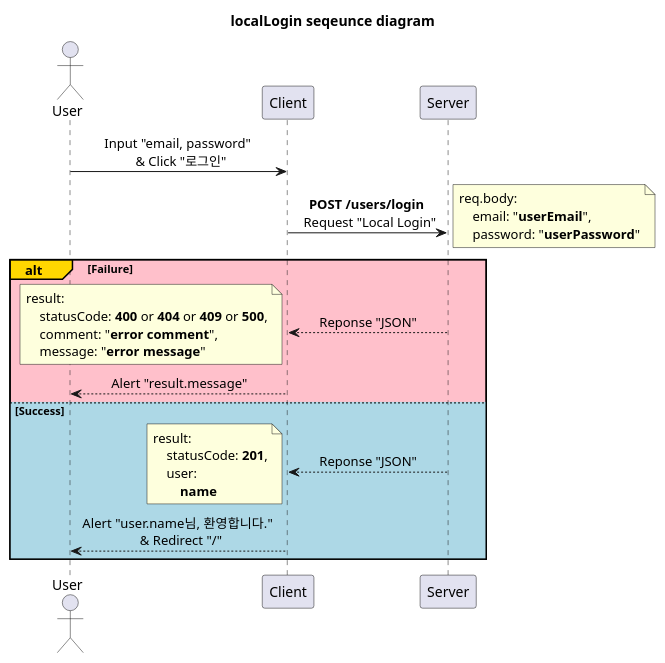
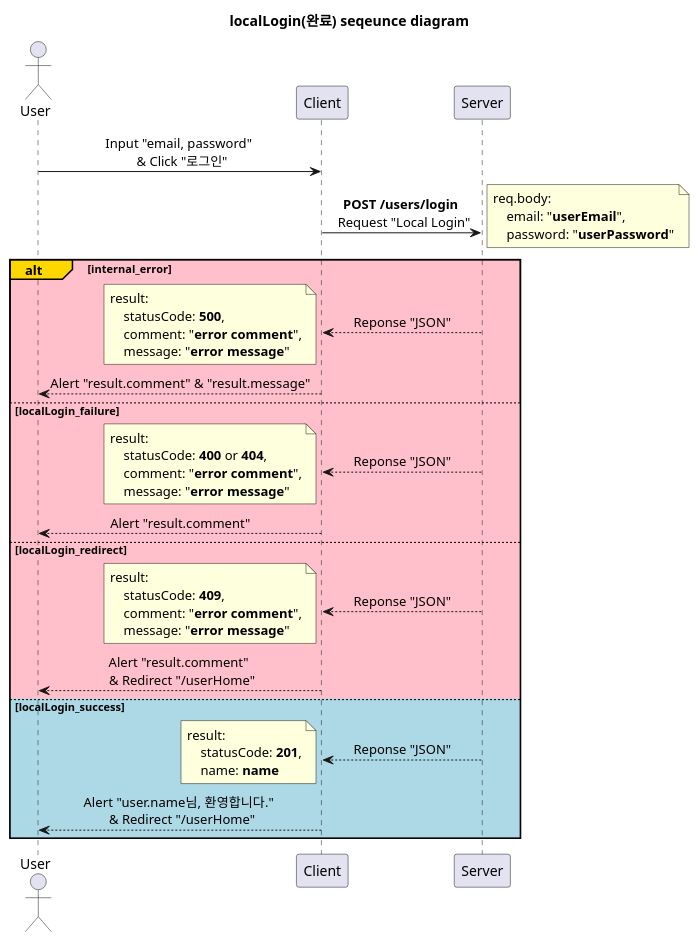
Before and after one commit to devSeungBin/SSCS: the diagram in diagram/login_page/localLogin.puml, drawn with PlantUML. The commit also changed 12 other files, not shown here.

```diff
--- a/diagram/login_page/localLogin.puml
+++ b/diagram/login_page/localLogin.puml
@@ -1,43 +1,62 @@
-@startuml localLogin
+@startuml localLogin(완료)
 'http://localhost:3000/login
 
-title localLogin seqeunce diagram
+title localLogin(완료) seqeunce diagram
 
 skinparam SequenceMessageAlignment center
 
 participant Server order 30
 participant Client order 20
 actor User order 10
 
 User -> Client: Input "email, password" \n & Click "로그인"
 
 Client -> Server: **POST /users/login** \n Request "Local Login"
 note right
     req.body:
         email: "**userEmail**",
         password: "**userPassword**"
 end note
 
-alt#Gold #Pink Failure
+alt#Gold #Pink internal_error
     Client <-- Server: Reponse "JSON"
     note left
         result:
-            statusCode: **400** or **404** or **409** or **500**,
+            statusCode: **500**,
             comment: "**error comment**",
             message: "**error message**"
     end note
-    User <-- Client: Alert "result.message"
+    User <-- Client: Alert "result.comment" & "result.message"
 
-else #LightBlue Success
+else #Pink localLogin_failure
+    Client <-- Server: Reponse "JSON"
+    note left
+        result:
+            statusCode: **400** or **404**,
+            comment: "**error comment**",
+            message: "**error message**"
+    end note
+    User <-- Client: Alert "result.comment"
+
+else #Pink localLogin_redirect
+    Client <-- Server: Reponse "JSON"
+    note left
+        result:
+            statusCode: **409**,
+            comment: "**error comment**",
+            message: "**error message**"
+    end note
+    User <-- Client: Alert "result.comment" \n & Redirect "/userHome"
+
+else #LightBlue localLogin_success
     Client <-- Server: Reponse "JSON"
     note left
         result:
             statusCode: **201**,
-            user:
-                **name**
+            name: **name**
     end note
-    User <-- Client: Alert "user.name님, 환영합니다." \n & Redirect "/"
+    User <-- Client: Alert "user.name님, 환영합니다." \n & Redirect "/userHome"
 
 end
 
 @enduml
```
